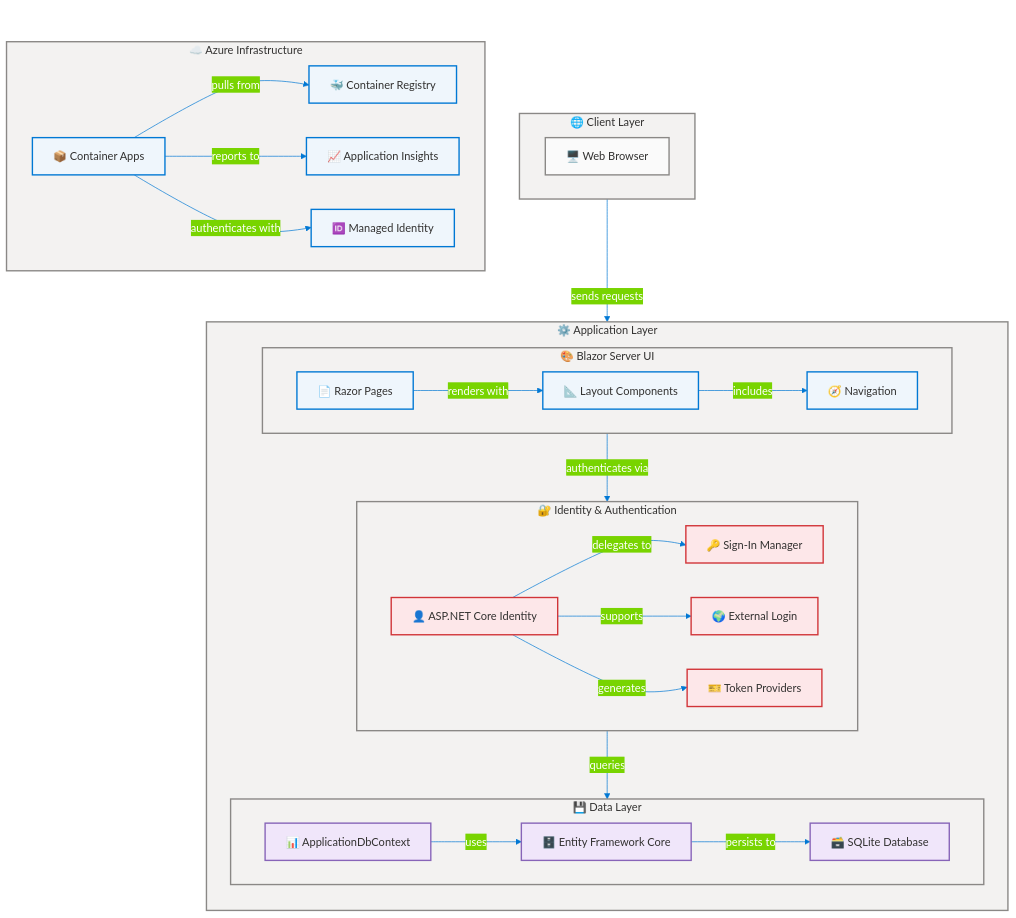
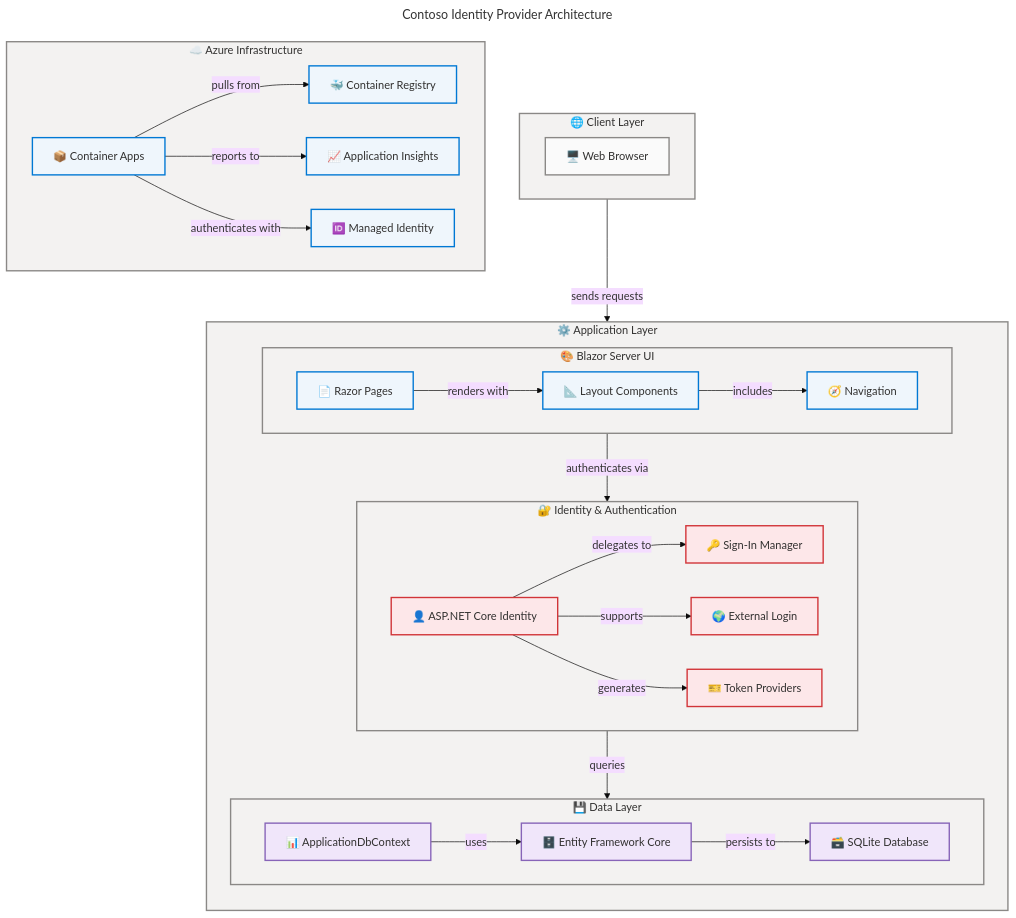
The diagram in README.md (Evilazaro/IdentityProvider), drawn with Mermaid before and after one commit.

Commit message:
Refactor flowchart in README.md for improved clarity and consistency by removing unnecessary properties and enhancing class definitions

```diff
--- a/README.md
+++ b/README.md
@@ -29,14 +29,7 @@
   theme: base
   look: classic
   layout: dagre
-  flowchart:
-    htmlLabels: true
-    curve: cardinal
   themeVariables:
-    primaryColor: '#0078D4'
-    primaryBorderColor: '#106EBE'
-    primaryTextColor: '#FFFFFF'
-    lineColor: '#0078D4'
     fontSize: '16px'
 ---
 flowchart TD
@@ -56,7 +49,7 @@
 
     subgraph client["🌐 Client Layer"]
         direction LR
-        browser["🖥️ Web Browser"]:::neutral
+        browser["🖥️ Web Browser"]
     end
 
     subgraph app["⚙️ Application Layer"]
@@ -64,33 +57,33 @@
 
         subgraph ui["🎨 Blazor Server UI"]
             direction LR
-            pages["📄 Razor Pages"]:::core
-            layout["📐 Layout Components"]:::core
-            nav["🧭 Navigation"]:::core
+            pages["📄 Razor Pages"]
+            layout["📐 Layout Components"]
+            nav["🧭 Navigation"]
         end
 
         subgraph auth["🔐 Identity & Authentication"]
             direction LR
-            identity["👤 ASP.NET Core Identity"]:::danger
-            signin["🔑 Sign-In Manager"]:::danger
-            external["🌍 External Login"]:::danger
-            tokens["🎫 Token Providers"]:::danger
+            identity["👤 ASP.NET Core Identity"]
+            signin["🔑 Sign-In Manager"]
+            external["🌍 External Login"]
+            tokens["🎫 Token Providers"]
         end
 
         subgraph dataLayer["💾 Data Layer"]
             direction LR
-            dbctx["📊 ApplicationDbContext"]:::data
-            efcore["🗄️ Entity Framework Core"]:::data
-            sqlite["🗃️ SQLite Database"]:::data
+            dbctx["📊 ApplicationDbContext"]
+            efcore["🗄️ Entity Framework Core"]
+            sqlite["🗃️ SQLite Database"]
         end
     end
 
     subgraph azure["☁️ Azure Infrastructure"]
         direction LR
-        aca["📦 Container Apps"]:::core
-        acr["🐳 Container Registry"]:::core
-        insights["📈 Application Insights"]:::core
-        mid["🆔 Managed Identity"]:::core
+        aca["📦 Container Apps"]
+        acr["🐳 Container Registry"]
+        insights["📈 Application Insights"]
+        mid["🆔 Managed Identity"]
     end
 
     browser -->|"sends requests"| pages
@@ -113,6 +106,12 @@
     classDef danger fill:#FDE7E9,stroke:#D13438,stroke-width:2px,color:#323130
     classDef data fill:#F0E6FA,stroke:#8764B8,stroke-width:2px,color:#323130
 
+    class browser neutral
+    class pages,layout,nav core
+    class identity,signin,external,tokens danger
+    class dbctx,efcore,sqlite data
+    class aca,acr,insights,mid core
+
     %% Subgraph styling (6 subgraphs = 6 style directives)
     style client fill:#F3F2F1,stroke:#8A8886,stroke-width:2px,color:#323130
     style app fill:#F3F2F1,stroke:#8A8886,stroke-width:2px,color:#323130
```
